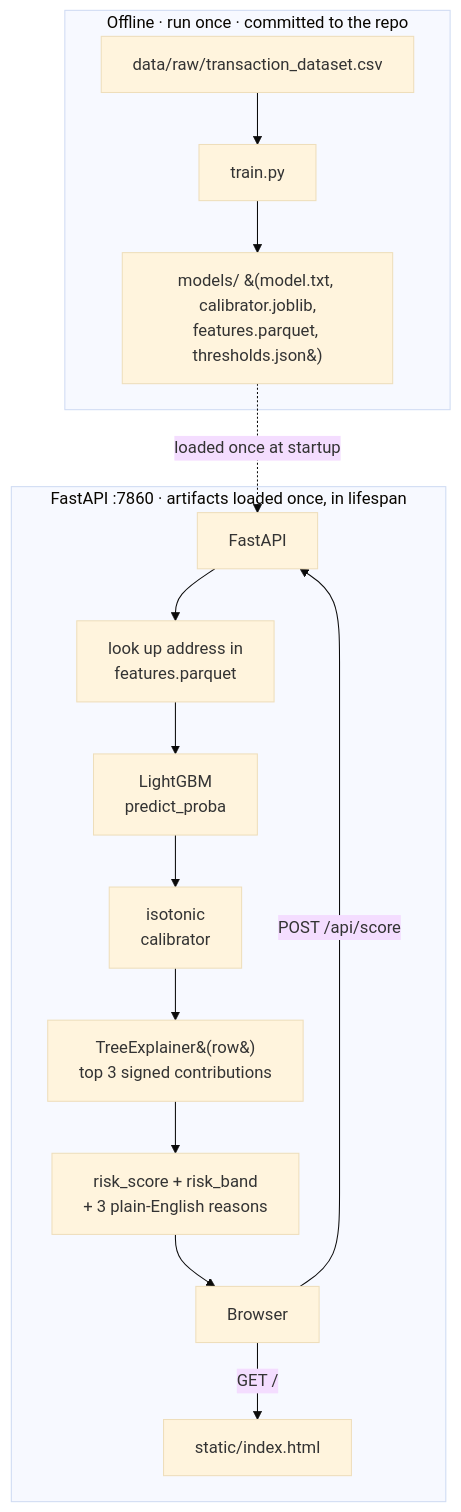
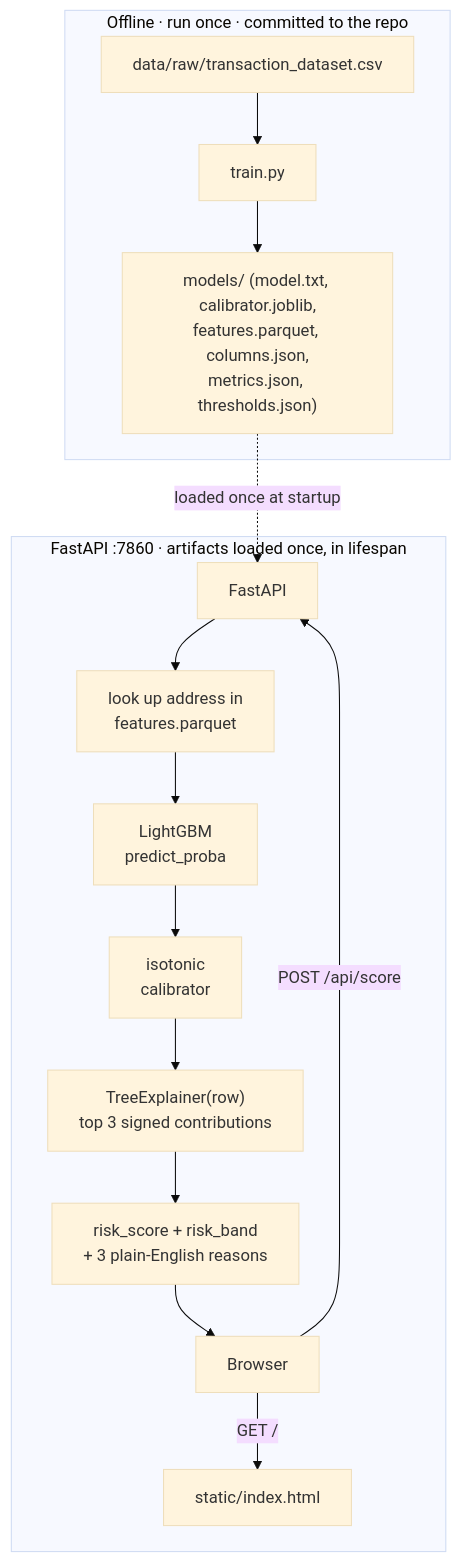
The first of 2 diagrams in README.md (rohithprem18/chainguard), drawn with Mermaid (base theme) before and after one commit. The commit also changed other lines of this file, not shown here.

````diff
--- a/README.md
+++ b/README.md
@@ -78,20 +97,20 @@
 ```mermaid
 flowchart TD
     subgraph Offline["Offline · run once · committed to the repo"]
         A["data/raw/transaction_dataset.csv"] --> B["train.py"]
-        B --> C["models/ &#40;model.txt, calibrator.joblib,<br/>features.parquet, thresholds.json&#41;"]
+        B --> C["models/ (model.txt, calibrator.joblib,<br/>features.parquet, columns.json,<br/>metrics.json, thresholds.json)"]
     end
 
     subgraph Runtime["FastAPI :7860 · artifacts loaded once, in lifespan"]
         D["Browser"] -- "GET /" --> E["static/index.html"]
         D -- "POST /api/score" --> F["FastAPI"]
         F --> G["look up address in<br/>features.parquet"]
         G --> H["LightGBM<br/>predict_proba"]
         H --> I["isotonic<br/>calibrator"]
-        I --> J["TreeExplainer&#40;row&#41;<br/>top 3 signed contributions"]
+        I --> J["TreeExplainer(row)<br/>top 3 signed contributions"]
         J --> K["risk_score + risk_band<br/>+ 3 plain-English reasons"]
         K --> D
     end
 
     C -. loaded once at startup .-> F
 ```
````
